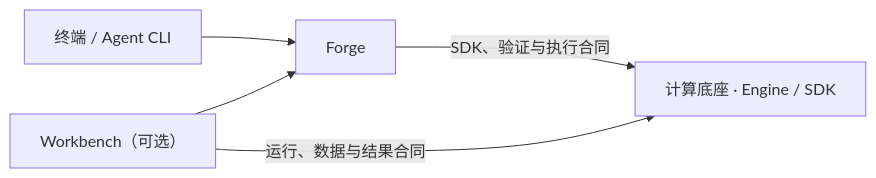
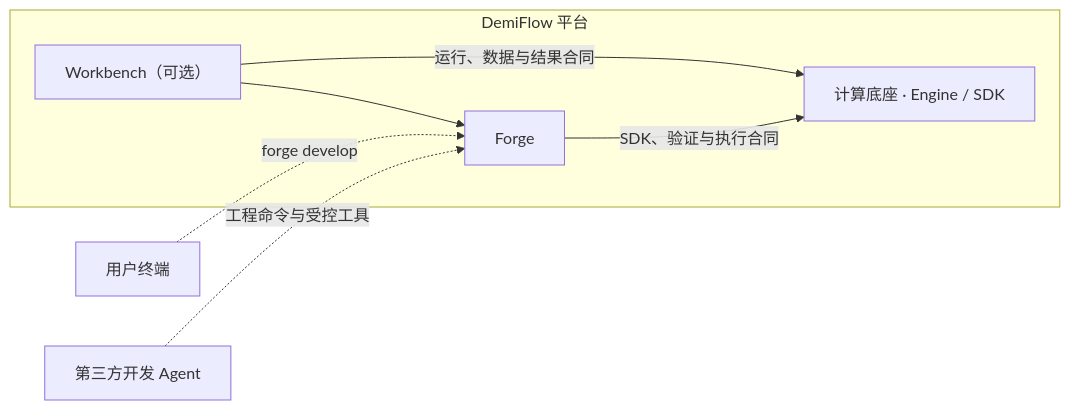
One commit to vincent9299/demiflow changed the first of 14 diagrams in docs/demiflow-architecture.md. Above: the diagram before and after it, drawn with Mermaid. The commit also changed other lines of this file, not shown here.

Commit message:
Show the third-party coding agent as the Pipeline author

````diff
--- a/docs/demiflow-architecture.md
+++ b/docs/demiflow-architecture.md
@@ -23,7 +23,10 @@
 ```mermaid
 flowchart LR
-    CLI["终端 / Agent CLI"] --> Forge["Forge"]
-    WB["Workbench（可选）"] --> Forge
-    WB -->|运行、数据与结果合同| Engine["计算底座 · Engine / SDK"]
-    Forge -->|SDK、验证与执行合同| Engine
+    subgraph DF["DemiFlow 平台"]
+        WB["Workbench（可选）"] --> Forge["Forge"]
+        WB -->|运行、数据与结果合同| Engine["计算底座 · Engine / SDK"]
+        Forge -->|SDK、验证与执行合同| Engine
+    end
+    T["用户终端"] -. "forge develop" .-> Forge
+    A["第三方开发 Agent"] -. "工程命令与受控工具" .-> Forge
 ```
````
